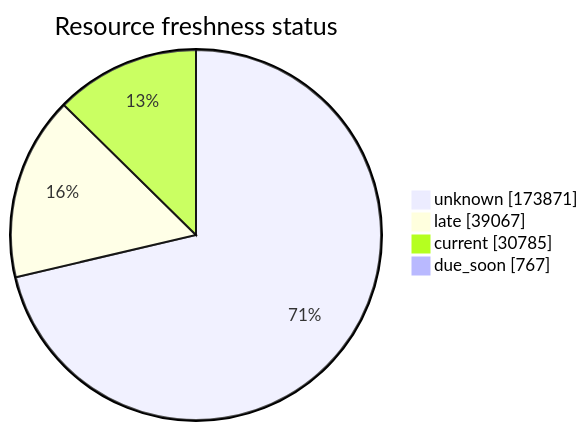
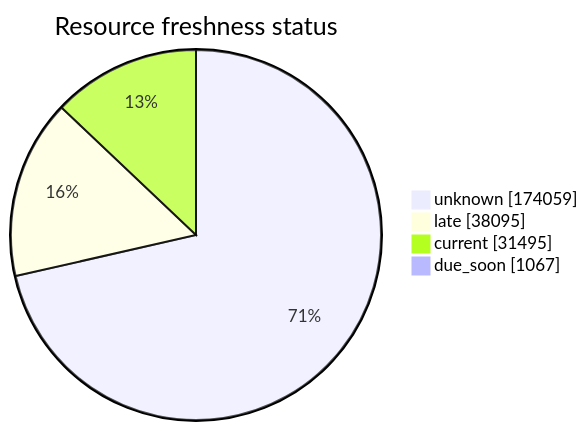
One commit to open-data/analytics-corporate-reporting changed the third of 5 diagrams in FreshCheck/README.md. Above: the diagram before and after it, drawn with Mermaid. The commit also changed other lines of this file and 3 other files, not shown here.

````diff
--- a/FreshCheck/README.md
+++ b/FreshCheck/README.md
@@ -77,7 +77,7 @@
 ```mermaid
 pie showData title Resource freshness status
-    "unknown": 173871
-    "late": 39067
-    "current": 30785
-    "due_soon": 767
+    "unknown": 174059
+    "late": 38095
+    "current": 31495
+    "due_soon": 1067
 ```
````
